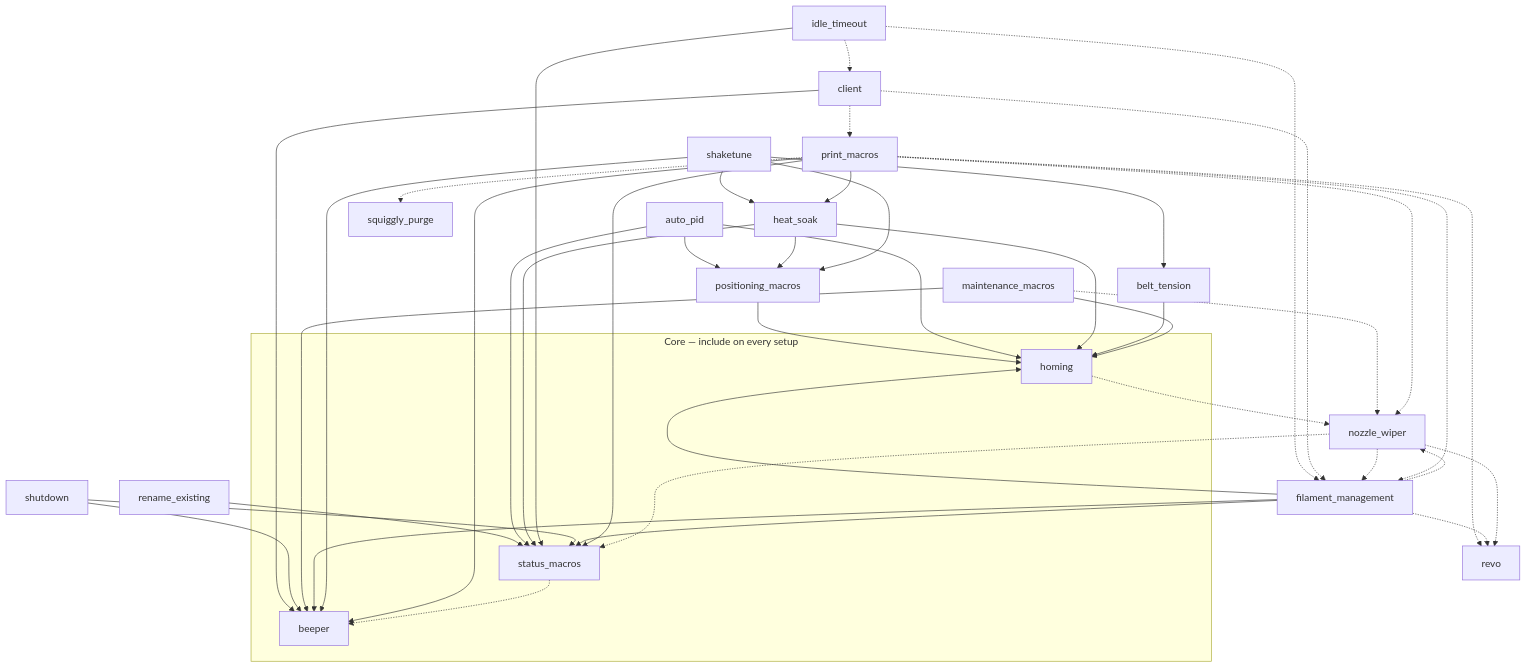
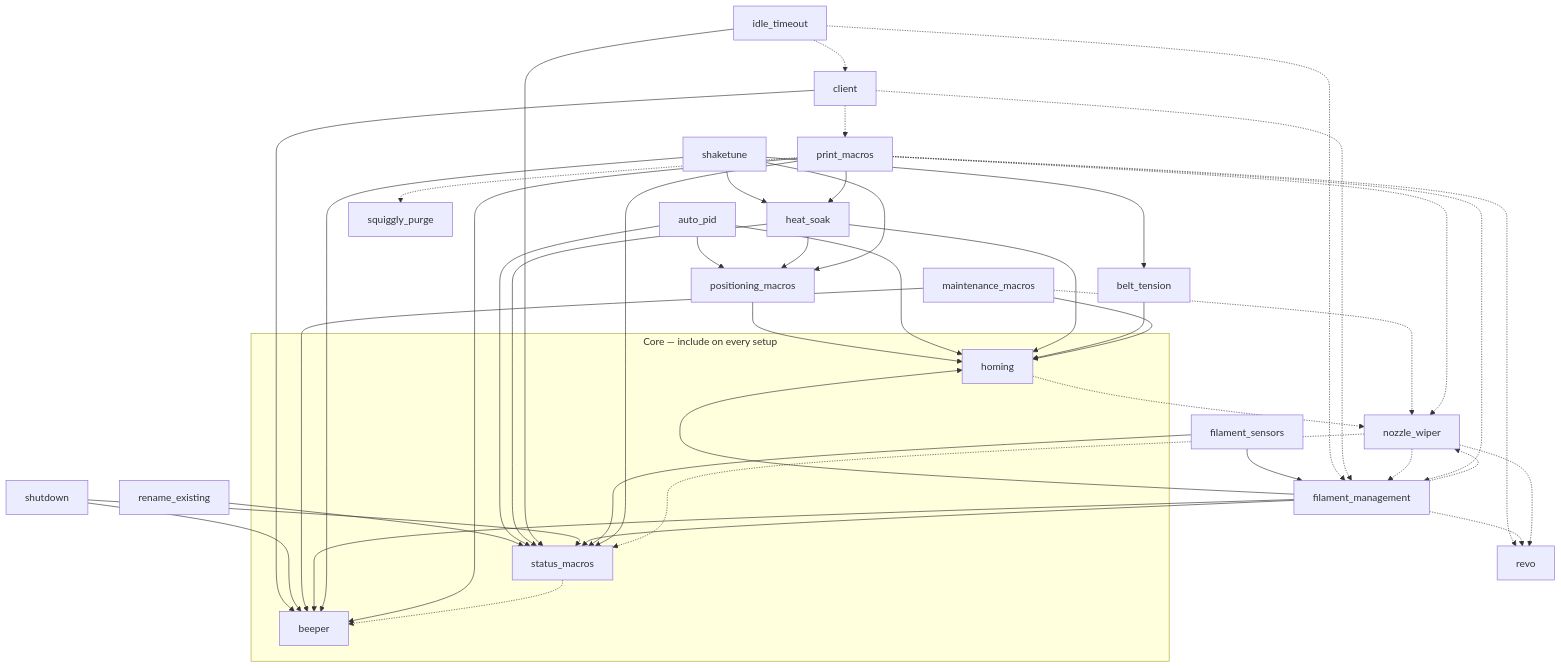
One commit to NerdyGriffin/klipper-nerdygriffin-macros changed the diagram in docs/DEPENDENCIES.md. Above: the diagram before and after it, drawn with Mermaid. The commit also changed other lines of this file and 5 other files, not shown here.

First line of the commit message:
feat: share the BTT SFS V2.0 sensor pair in filament_sensors.cfg

````diff
--- a/docs/DEPENDENCIES.md
+++ b/docs/DEPENDENCIES.md
@@ -43,53 +43,55 @@
 ```mermaid
 graph TD
   subgraph core["Core — include on every setup"]
     beeper
     status_macros
     homing
   end
 
   %% ---- required (solid) ----
   positioning_macros --> homing
   rename_existing --> status_macros
   auto_pid --> homing
   auto_pid --> positioning_macros
   auto_pid --> status_macros
   heat_soak --> homing
   heat_soak --> positioning_macros
   heat_soak --> status_macros
   belt_tension --> homing
   client --> beeper
   idle_timeout --> status_macros
   shutdown --> status_macros
   shutdown --> beeper
   maintenance_macros --> homing
   maintenance_macros --> beeper
   filament_management --> homing
   filament_management --> status_macros
   filament_management --> beeper
+  filament_sensors --> filament_management
+  filament_sensors --> status_macros
   shaketune --> positioning_macros
   shaketune --> beeper
   shaketune --> belt_tension
   shaketune --> heat_soak
   print_macros --> beeper
   print_macros --> heat_soak
   print_macros --> status_macros
 
   %% ---- optional (dashed) ----
   idle_timeout -.-> client
   idle_timeout -.-> filament_management
   client -.-> print_macros
   client -.-> filament_management
   status_macros -.-> beeper
   homing -.-> nozzle_wiper
   maintenance_macros -.-> nozzle_wiper
   filament_management -.-> nozzle_wiper
   nozzle_wiper -.-> status_macros
   nozzle_wiper -.-> filament_management
   print_macros -.-> squiggly_purge
   print_macros -.-> nozzle_wiper
   print_macros -.-> filament_management
   print_macros -.-> revo
   filament_management -.-> revo
   nozzle_wiper -.-> revo
 ```
````
